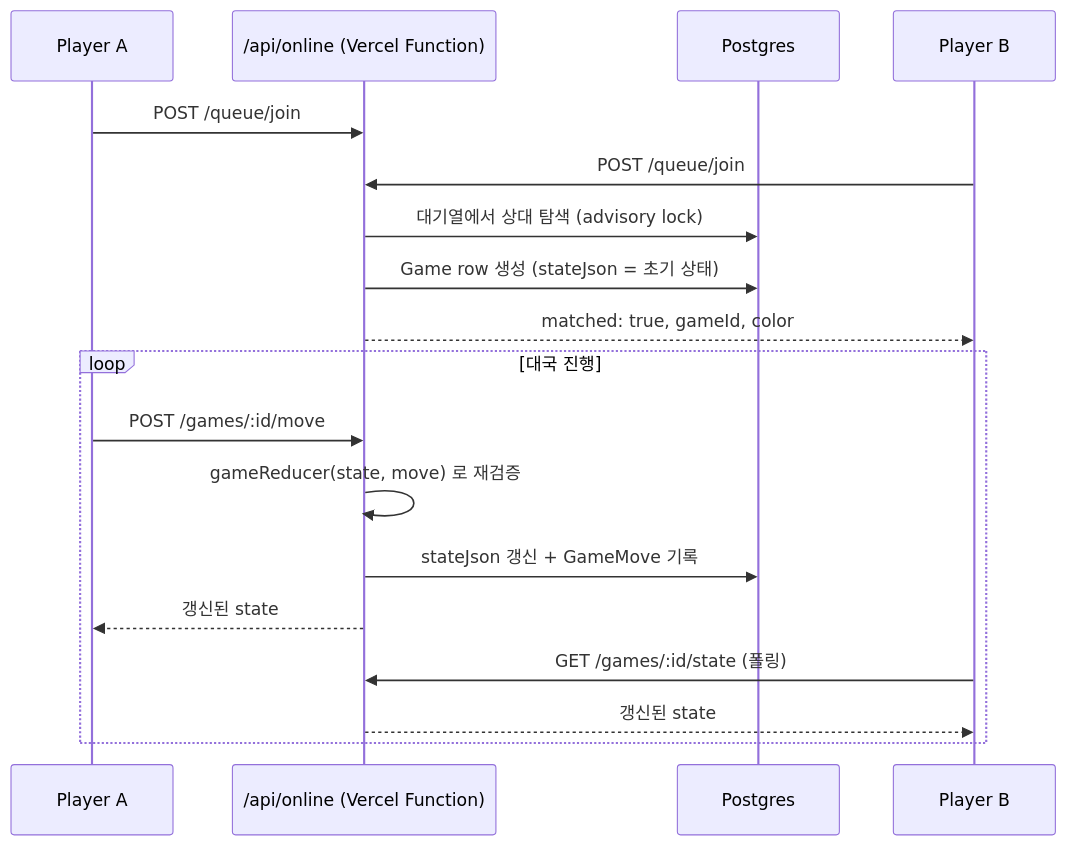
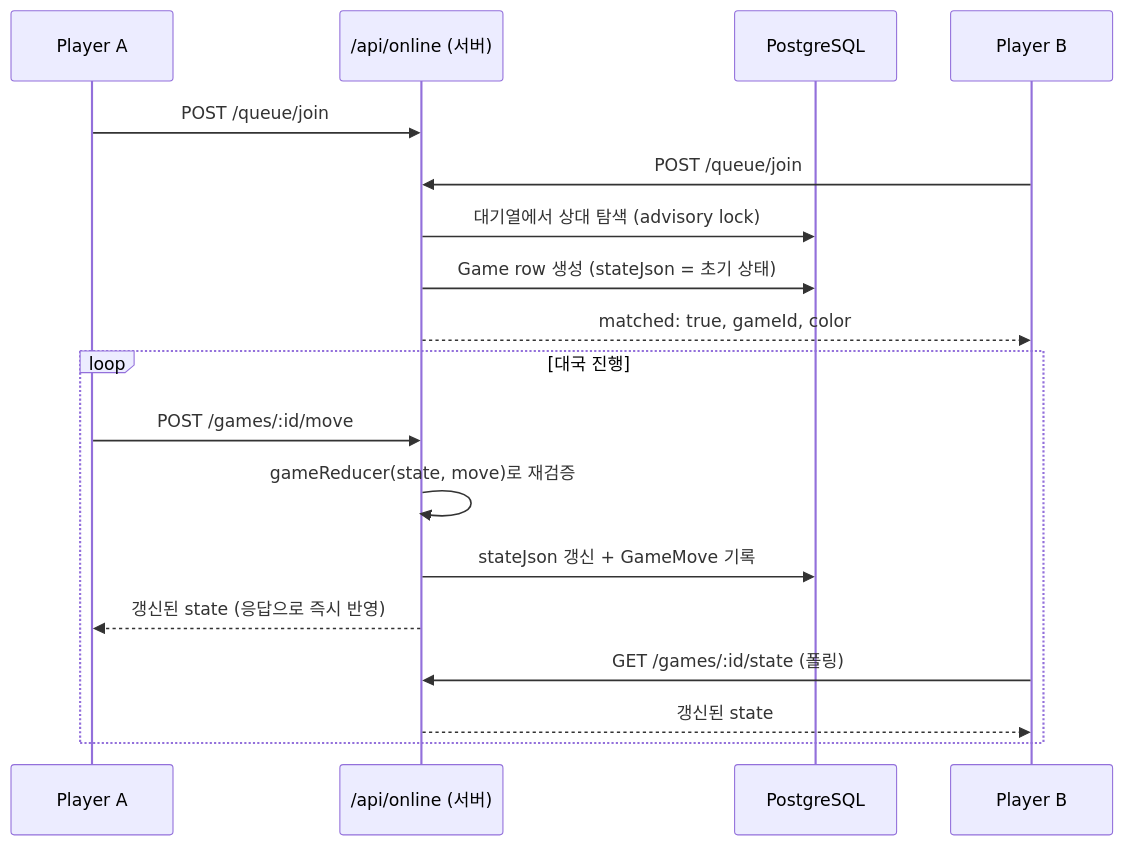
One commit to gajigaji04/Shogi_Dojo changed the second of 3 diagrams in README.md. Above: the diagram before and after it, drawn with Mermaid. The commit also changed other lines of this file, not shown here.

````diff
--- a/README.md
+++ b/README.md
@@ -96,22 +138,22 @@
 ```mermaid
 sequenceDiagram
     participant A as Player A
-    participant S as /api/online (Vercel Function)
-    participant D as Postgres
+    participant S as /api/online (서버)
+    participant D as PostgreSQL
     participant B as Player B
 
     A->>S: POST /queue/join
     B->>S: POST /queue/join
     S->>D: 대기열에서 상대 탐색 (advisory lock)
     S->>D: Game row 생성 (stateJson = 초기 상태)
     S-->>B: matched: true, gameId, color
 
     loop 대국 진행
         A->>S: POST /games/:id/move
-        S->>S: gameReducer(state, move) 로 재검증
+        S->>S: gameReducer(state, move)로 재검증
         S->>D: stateJson 갱신 + GameMove 기록
-        S-->>A: 갱신된 state
+        S-->>A: 갱신된 state (응답으로 즉시 반영)
         B->>S: GET /games/:id/state (폴링)
         S-->>B: 갱신된 state
     end
 ```
````
